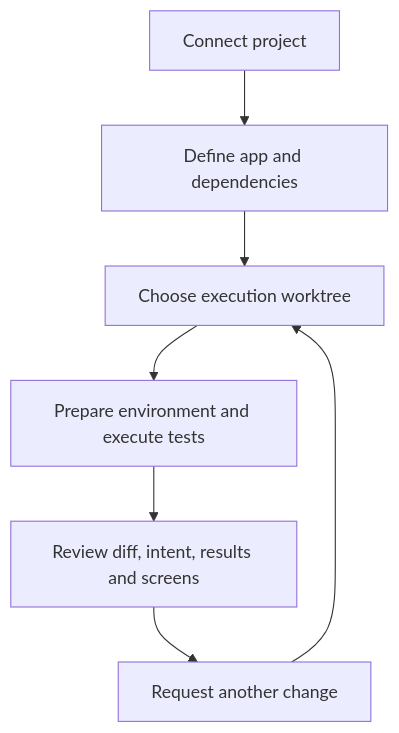
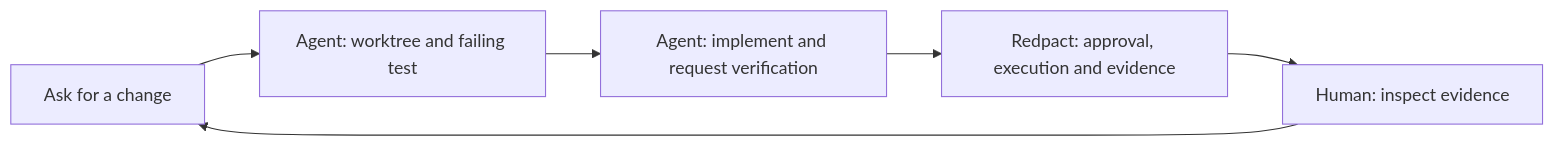
The diagram in docs/index.md (wo658/redpact), drawn with Mermaid before and after one commit. The commit also changed other lines of this file and 181 other files, not shown here.

First line of the commit message:
refactor: center Redpact on chat-driven verification

````diff
--- a/docs/index.md
+++ b/docs/index.md
@@ -14,9 +15,8 @@
 ```mermaid
-flowchart TD
-    P["Connect project"] --> D["Define app and dependencies"]
-    D --> W["Choose execution worktree"]
-    W --> E["Prepare environment and execute tests"]
-    E --> R["Review diff, intent, results and screens"]
-    R --> F["Request another change"]
-    F --> W
+flowchart LR
+    A["Ask for a change"] --> W["Agent: worktree and failing test"]
+    W --> I["Agent: implement and request verification"]
+    I --> X["Redpact: approval, execution and evidence"]
+    X --> R["Human: inspect evidence"]
+    R --> A
 ```
````
